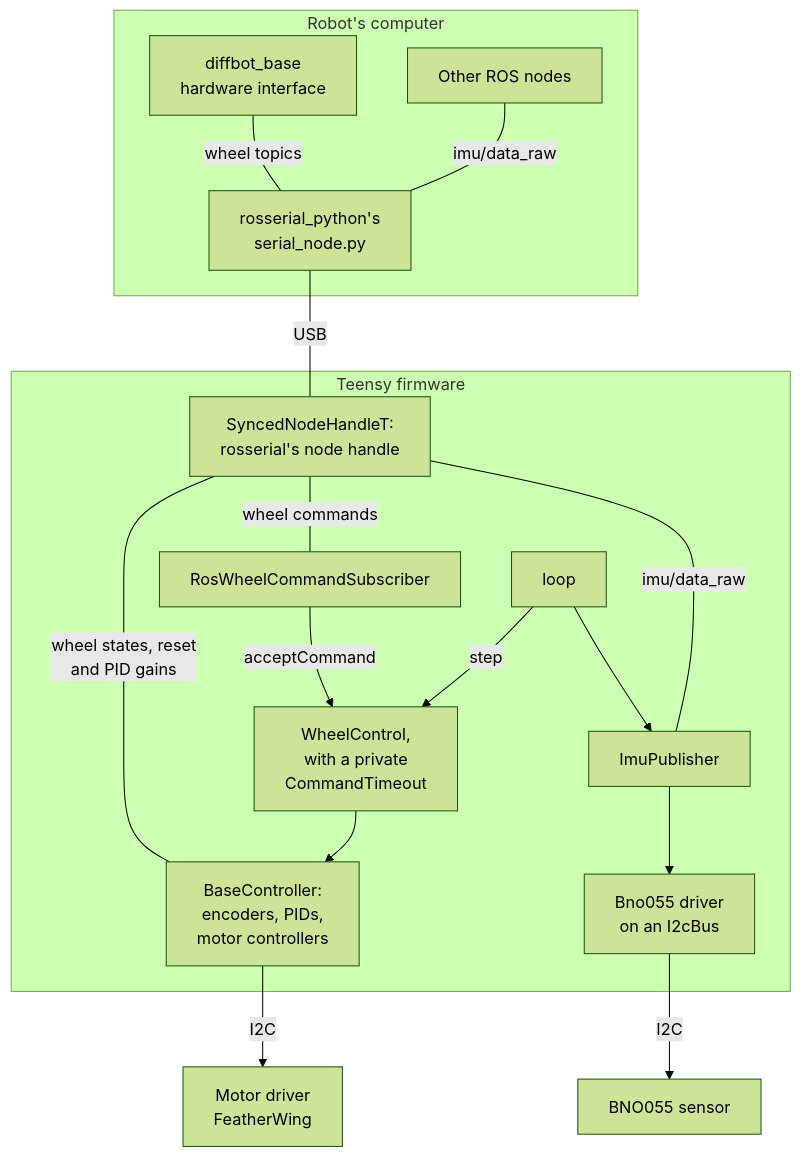
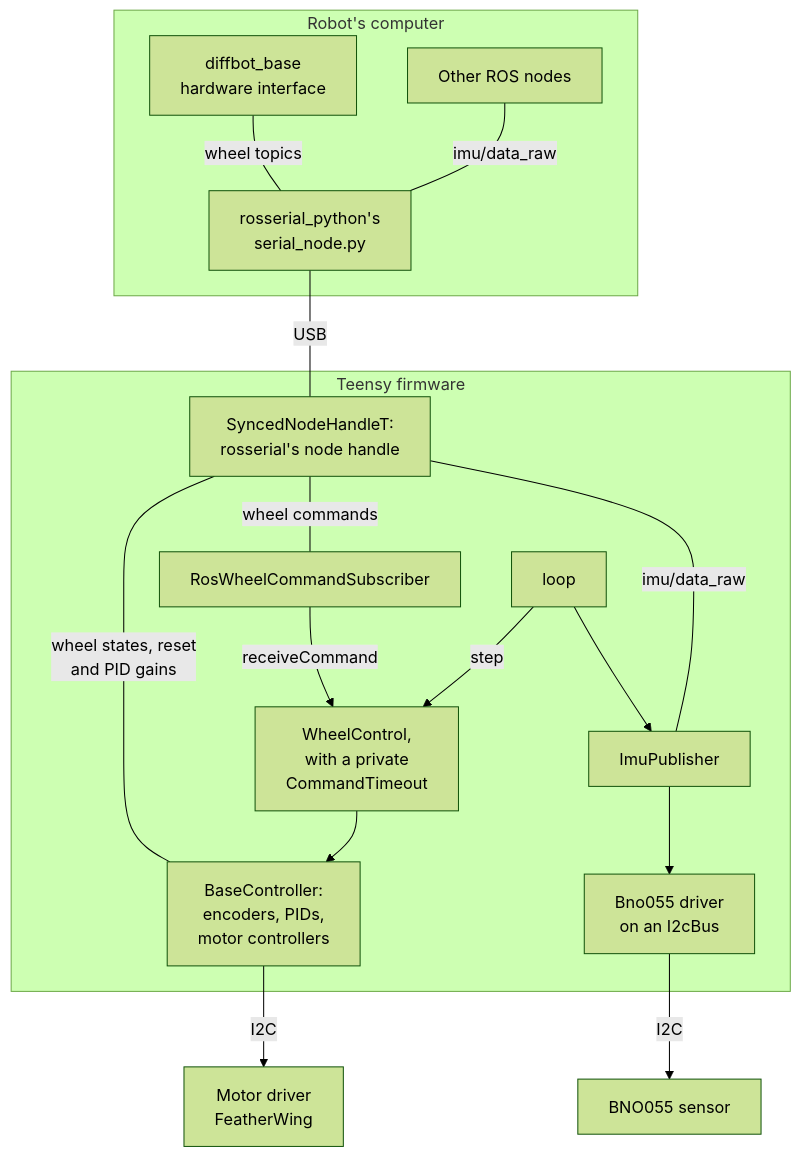
The first of 2 diagrams in docs/packages/diffbot_base/low-level.md (ros-mobile-robots/ros-mobile-robots.github.io), drawn with Mermaid (forest theme) before and after one commit. The commit also changed other lines of this file and 1 other file, not shown here.

First line of the commit message:
Low-Level Base Controller: receiveCommand(), and a wrap example

````diff
--- a/docs/packages/diffbot_base/low-level.md
+++ b/docs/packages/diffbot_base/low-level.md
@@ -157,32 +157,32 @@
     ```mermaid
     graph TB
       subgraph PI [Robot's computer]
         HW[diffbot_base<br/>hardware interface]
         ROS[Other ROS nodes]
         SN[rosserial_python's<br/>serial_node.py]
       end
       subgraph TEENSY [Teensy firmware]
         NH[SyncedNodeHandleT:<br/>rosserial's node handle]
         SUB[RosWheelCommandSubscriber]
         WC[WheelControl,<br/>with a private<br/>CommandTimeout]
         BC[BaseController:<br/>encoders, PIDs,<br/>motor controllers]
         LOOP[loop]
         IP[ImuPublisher]
         BNO[Bno055 driver<br/>on an I2cBus]
       end
       FW[Motor driver<br/>FeatherWing]
       IMU[BNO055 sensor]
       HW ---|wheel topics| SN
       ROS ---|imu/data_raw| SN
       SN ---|USB| NH
       NH ---|wheel states, reset<br/>and PID gains| BC
       NH ---|wheel commands| SUB
-      SUB -->|acceptCommand| WC
+      SUB -->|receiveCommand| WC
       WC --> BC
       LOOP -->|step| WC
       LOOP --> IP
       NH ---|imu/data_raw| IP
       IP --> BNO
       BC -->|I2C| FW
       BNO -->|I2C| IMU
     ```
````
